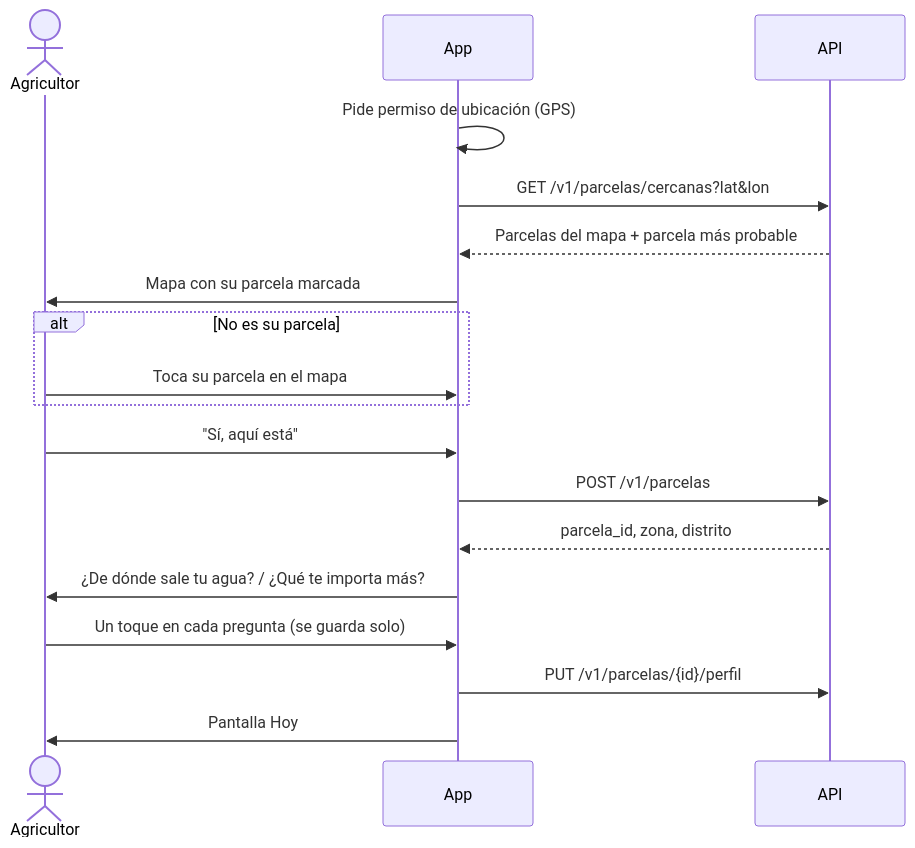
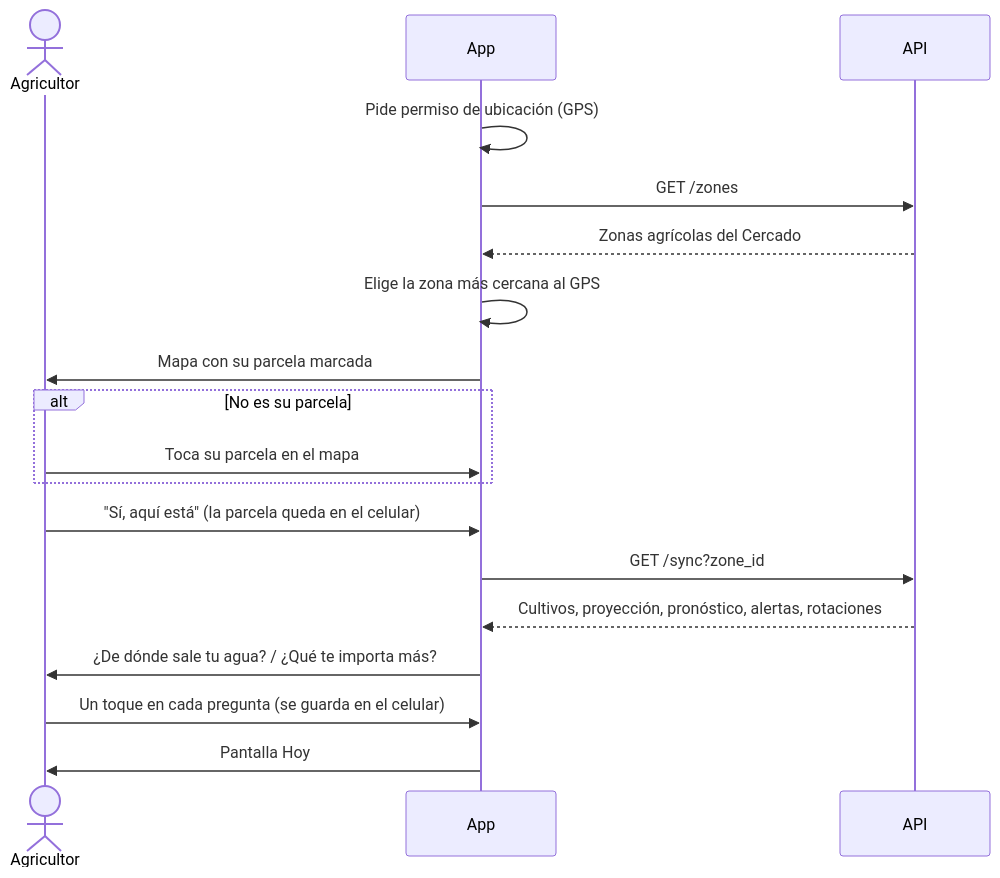
Before and after one commit to willypaz243/field-shift-challenge: the second of 9 diagrams in docs/FLUJO-APP.md, drawn with Mermaid. The commit also changed other lines of this file and 1 other file, not shown here.

First line of the commit message:
docs: align API contract and flows with backlog and crop catalog

````diff
--- a/docs/FLUJO-APP.md
+++ b/docs/FLUJO-APP.md
@@ -69,21 +69,21 @@
 ```mermaid
 sequenceDiagram
     actor Ag as Agricultor
     participant App
     participant API
 
     App->>App: Pide permiso de ubicación (GPS)
-    App->>API: GET /v1/parcelas/cercanas?lat&lon
-    API-->>App: Parcelas del mapa + parcela más probable
+    App->>API: GET /zones
+    API-->>App: Zonas agrícolas del Cercado
+    App->>App: Elige la zona más cercana al GPS
     App->>Ag: Mapa con su parcela marcada
     alt No es su parcela
         Ag->>App: Toca su parcela en el mapa
     end
-    Ag->>App: "Sí, aquí está"
-    App->>API: POST /v1/parcelas
-    API-->>App: parcela_id, zona, distrito
+    Ag->>App: "Sí, aquí está" (la parcela queda en el celular)
+    App->>API: GET /sync?zone_id
+    API-->>App: Cultivos, proyección, pronóstico, alertas, rotaciones
     App->>Ag: ¿De dónde sale tu agua? / ¿Qué te importa más?
-    Ag->>App: Un toque en cada pregunta (se guarda solo)
-    App->>API: PUT /v1/parcelas/{id}/perfil
+    Ag->>App: Un toque en cada pregunta (se guarda en el celular)
     App->>Ag: Pantalla Hoy
 ```
````
